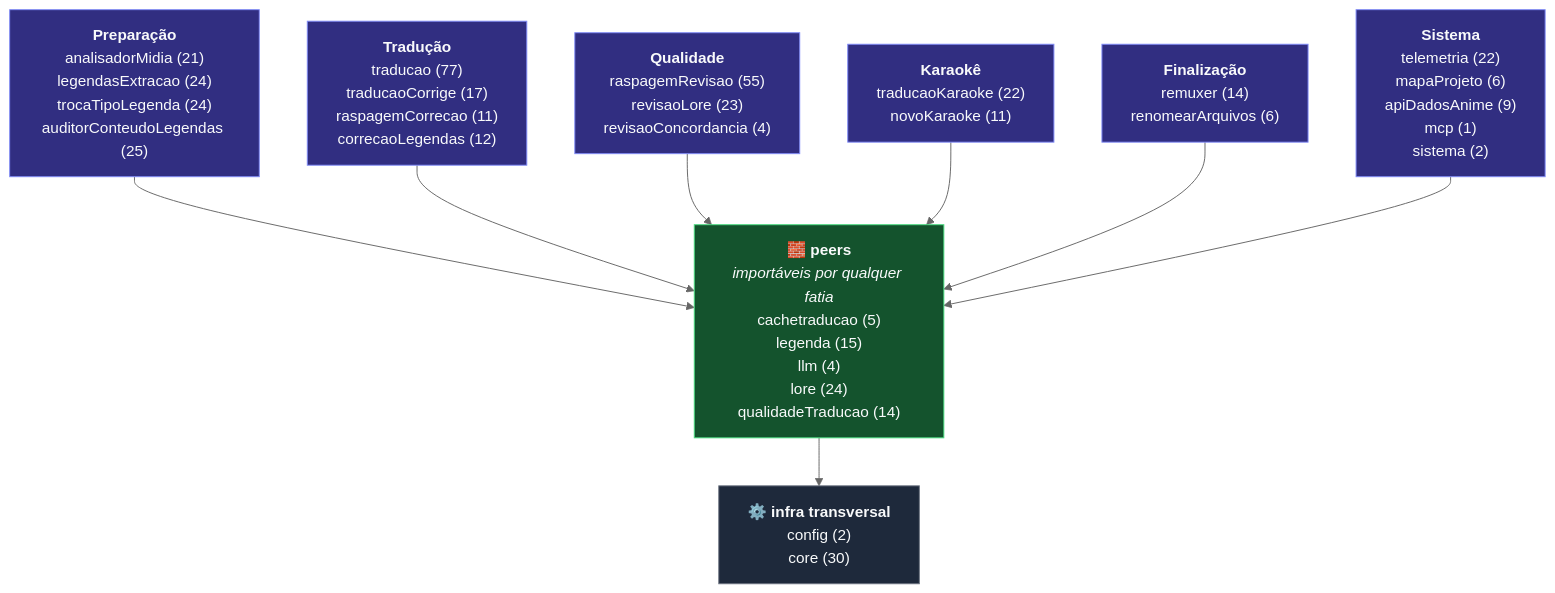
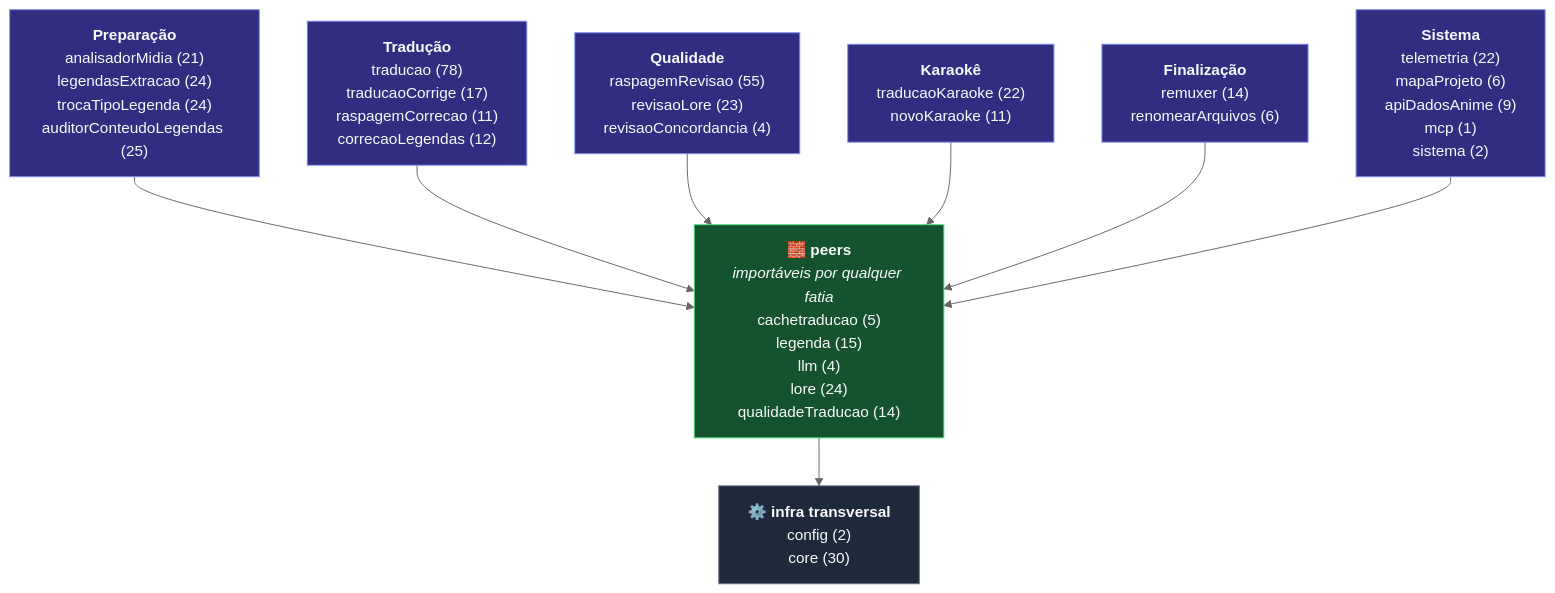
One commit to carmipa/traducao_animes_llm_local_quarkus-1 changed the diagram in docs/ref-esqueleto-projeto.md. Above: the diagram before and after it, drawn with Mermaid (neutral theme). The commit also changed other lines of this file and 5 other files, not shown here.

````diff
--- a/docs/ref-esqueleto-projeto.md
+++ b/docs/ref-esqueleto-projeto.md
@@ -36,21 +36,21 @@
 ```mermaid
 graph TB
     G0["<b>Preparação</b><br/>analisadorMidia (21)<br/>legendasExtracao (24)<br/>trocaTipoLegenda (24)<br/>auditorConteudoLegendas (25)"]:::fatia
-    G1["<b>Tradução</b><br/>traducao (77)<br/>traducaoCorrige (17)<br/>raspagemCorrecao (11)<br/>correcaoLegendas (12)"]:::fatia
+    G1["<b>Tradução</b><br/>traducao (78)<br/>traducaoCorrige (17)<br/>raspagemCorrecao (11)<br/>correcaoLegendas (12)"]:::fatia
     G2["<b>Qualidade</b><br/>raspagemRevisao (55)<br/>revisaoLore (23)<br/>revisaoConcordancia (4)"]:::fatia
     G3["<b>Karaokê</b><br/>traducaoKaraoke (22)<br/>novoKaraoke (11)"]:::fatia
     G4["<b>Finalização</b><br/>remuxer (14)<br/>renomearArquivos (6)"]:::fatia
     G5["<b>Sistema</b><br/>telemetria (22)<br/>mapaProjeto (6)<br/>apiDadosAnime (9)<br/>mcp (1)<br/>sistema (2)"]:::fatia
     PEERS["<b>🧱 peers</b><br/><i>importáveis por qualquer fatia</i><br/>cachetraducao (5)<br/>legenda (15)<br/>llm (4)<br/>lore (24)<br/>qualidadeTraducao (14)"]:::peer
     BASE["<b>⚙️ infra transversal</b><br/>config (2)<br/>core (30)"]:::base
     G0 --> PEERS
     G1 --> PEERS
     G2 --> PEERS
     G3 --> PEERS
     G4 --> PEERS
     G5 --> PEERS
     PEERS --> BASE
     classDef fatia fill:#312e81,stroke:#818CF8,color:#F9FAFB
     classDef peer fill:#14532d,stroke:#4ADE80,color:#F9FAFB
     classDef base fill:#1e293b,stroke:#6B7280,color:#F9FAFB
 ```
````
